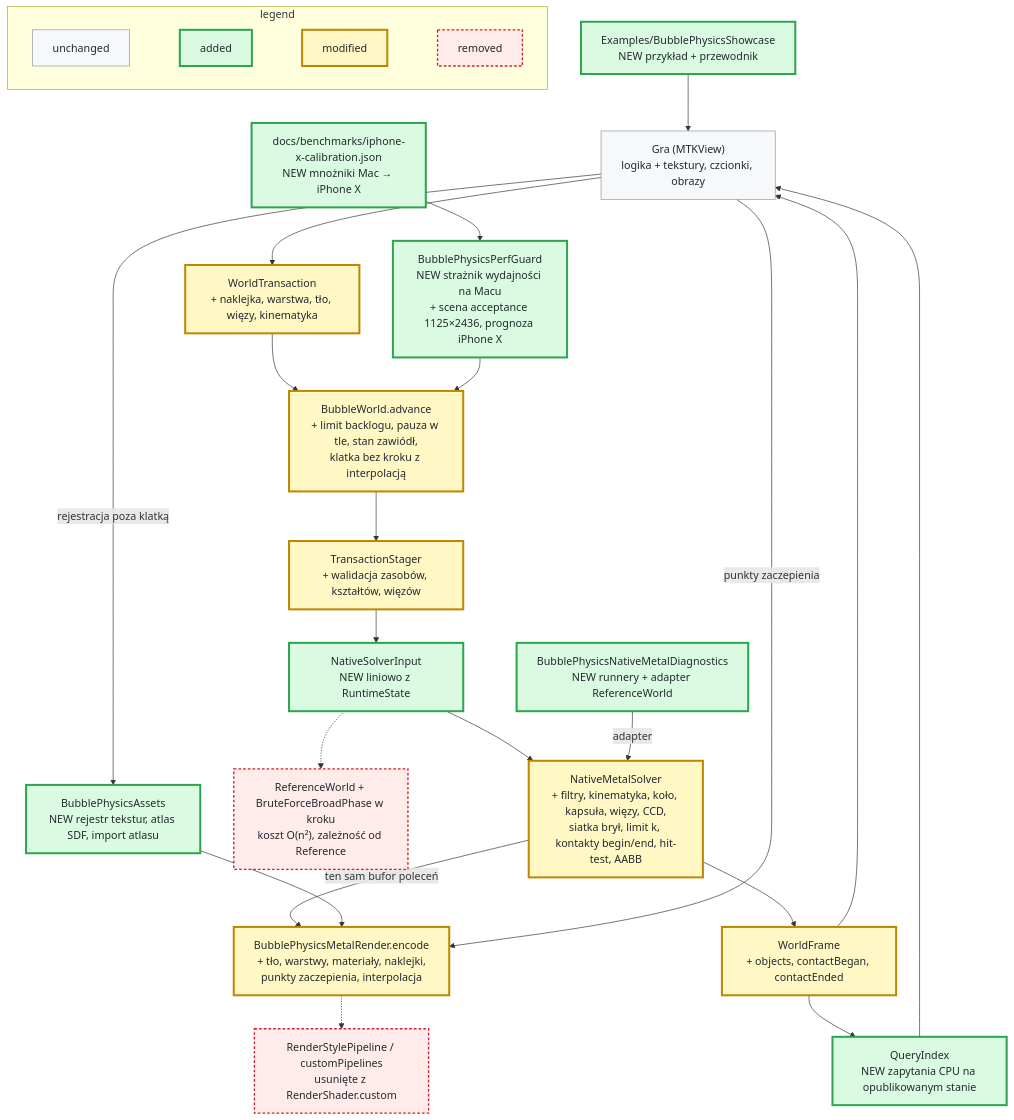
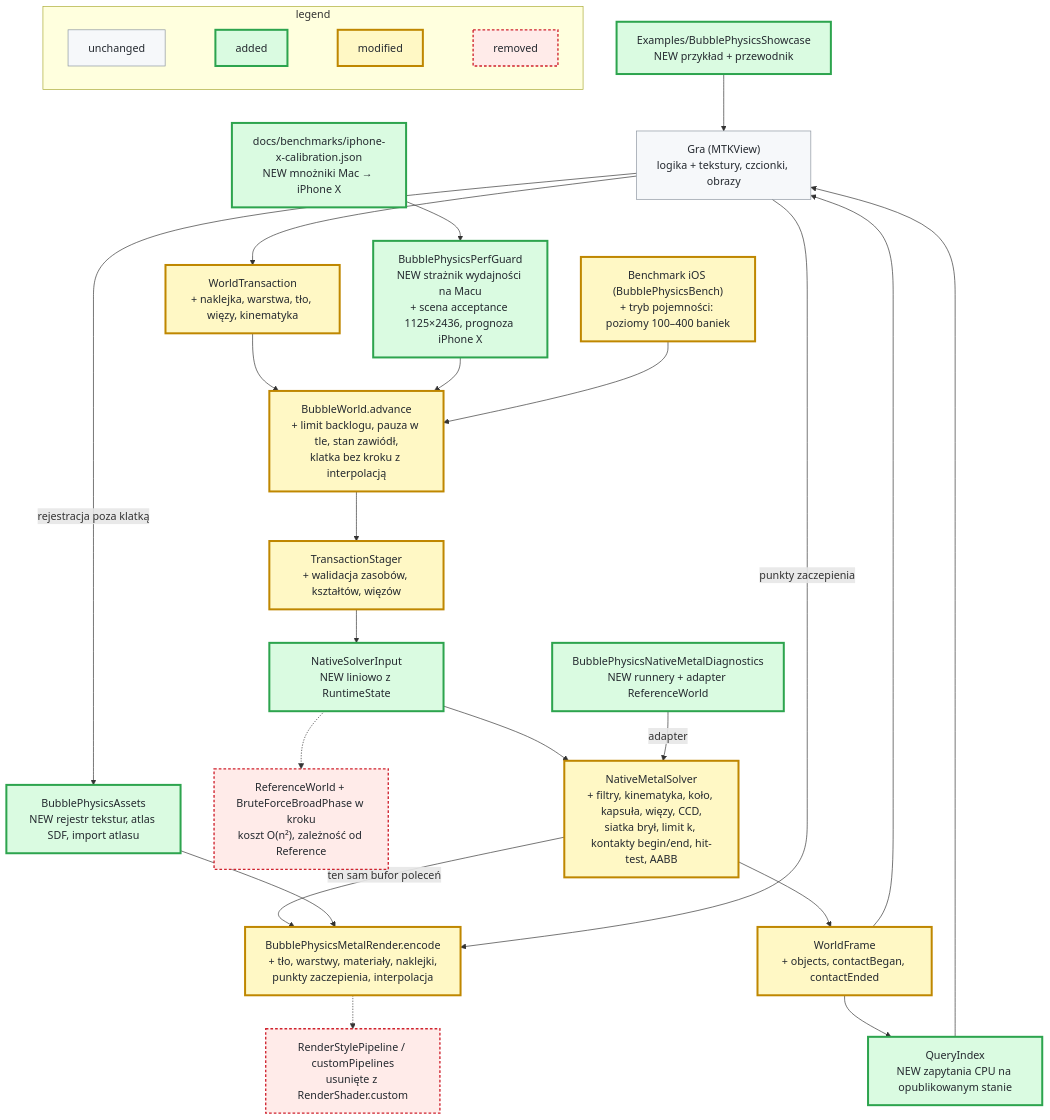
One commit to MariuszAdamowicz/BubblePhysics changed the first of 2 diagrams in docs/sdlc/changes/2026-11-08-engine-foundations/plan.md. Above: the diagram before and after it, drawn with Mermaid. The commit also changed other lines of this file, not shown here.

First line of the commit message:
docs: replan reszty etapu 9 — pomiar pojemności, render i CPU bez budżetów

````diff
--- a/docs/sdlc/changes/2026-11-08-engine-foundations/plan.md
+++ b/docs/sdlc/changes/2026-11-08-engine-foundations/plan.md
@@ -44,47 +45,49 @@
 ```mermaid
 flowchart TD
     subgraph legend["legend"]
       direction LR
       L1["unchanged"]:::same
       L2["added"]:::added
       L3["modified"]:::changed
       L4["removed"]:::removed
       L1 ~~~ L2 ~~~ L3 ~~~ L4
     end
 
     GAME["Gra (MTKView)<br/>logika + tekstury, czcionki, obrazy"]:::same
     ASSETS["BubblePhysicsAssets<br/>NEW rejestr tekstur, atlas SDF, import atlasu"]:::added
     TX["WorldTransaction<br/>+ naklejka, warstwa, tło, więzy, kinematyka"]:::changed
     WORLD["BubbleWorld.advance<br/>+ limit backlogu, pauza w tle, stan zawiódł,<br/>klatka bez kroku z interpolacją"]:::changed
     STAGER["TransactionStager<br/>+ walidacja zasobów, kształtów, więzów"]:::changed
     INPUT["NativeSolverInput<br/>NEW liniowo z RuntimeState"]:::added
     REF["ReferenceWorld + BruteForceBroadPhase w kroku<br/>koszt O(n²), zależność od Reference"]:::removed
     SOLVER["NativeMetalSolver<br/>+ filtry, kinematyka, koło, kapsuła, więzy, CCD,<br/>siatka brył, limit k, kontakty begin/end, hit-test, AABB"]:::changed
     DIAG["BubblePhysicsNativeMetalDiagnostics<br/>NEW runnery + adapter ReferenceWorld"]:::added
     FRAME["WorldFrame<br/>+ objects, contactBegan, contactEnded"]:::changed
     QUERY["QueryIndex<br/>NEW zapytania CPU na opublikowanym stanie"]:::added
     RENDER["BubblePhysicsMetalRender.encode<br/>+ tło, warstwy, materiały, naklejki,<br/>punkty zaczepienia, interpolacja"]:::changed
     CUSTOM["RenderStylePipeline / customPipelines<br/>usunięte z RenderShader.custom"]:::removed
     GUARD["BubblePhysicsPerfGuard<br/>NEW strażnik wydajności na Macu<br/>+ scena acceptance 1125×2436, prognoza iPhone X"]:::added
     CALIB["docs/benchmarks/iphone-x-calibration.json<br/>NEW mnożniki Mac → iPhone X"]:::added
     SHOW["Examples/BubblePhysicsShowcase<br/>NEW przykład + przewodnik"]:::added
+    BENCH["Benchmark iOS (BubblePhysicsBench)<br/>+ tryb pojemności: poziomy 100–400 baniek"]:::changed
 
     GAME -->|"rejestracja poza klatką"| ASSETS
     GAME --> TX --> WORLD --> STAGER --> INPUT --> SOLVER
     INPUT -.-> REF
     DIAG -->|"adapter"| SOLVER
     SOLVER --> FRAME --> GAME
     FRAME --> QUERY --> GAME
     SOLVER -->|"ten sam bufor poleceń"| RENDER
     ASSETS --> RENDER
     GAME -->|"punkty zaczepienia"| RENDER
     RENDER -.-> CUSTOM
     GUARD --> WORLD
     CALIB --> GUARD
     SHOW --> GAME
+    BENCH --> WORLD
 
     classDef same fill:#f6f8fa,stroke:#8c959f,stroke-width:1px,color:#24292f
     classDef added fill:#dafbe1,stroke:#2da44e,stroke-width:3px,color:#24292f
     classDef changed fill:#fff8c5,stroke:#bf8700,stroke-width:3px,color:#24292f
     classDef removed fill:#ffebe9,stroke:#cf222e,stroke-width:2px,stroke-dasharray:4 3,color:#24292f
 ```
````
